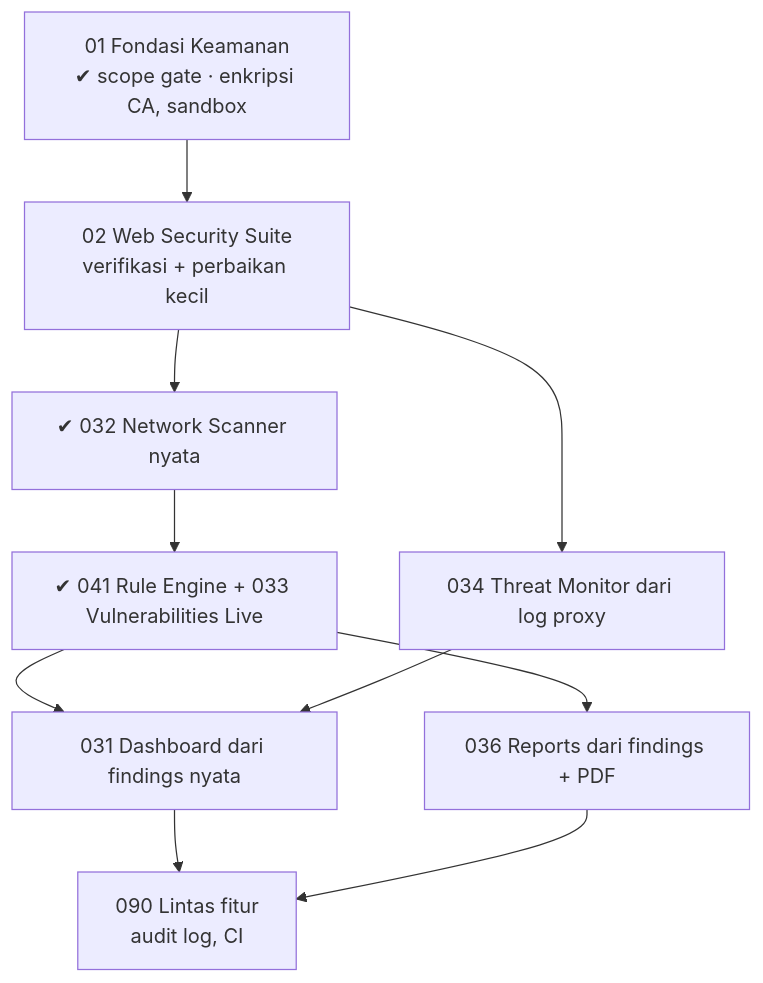
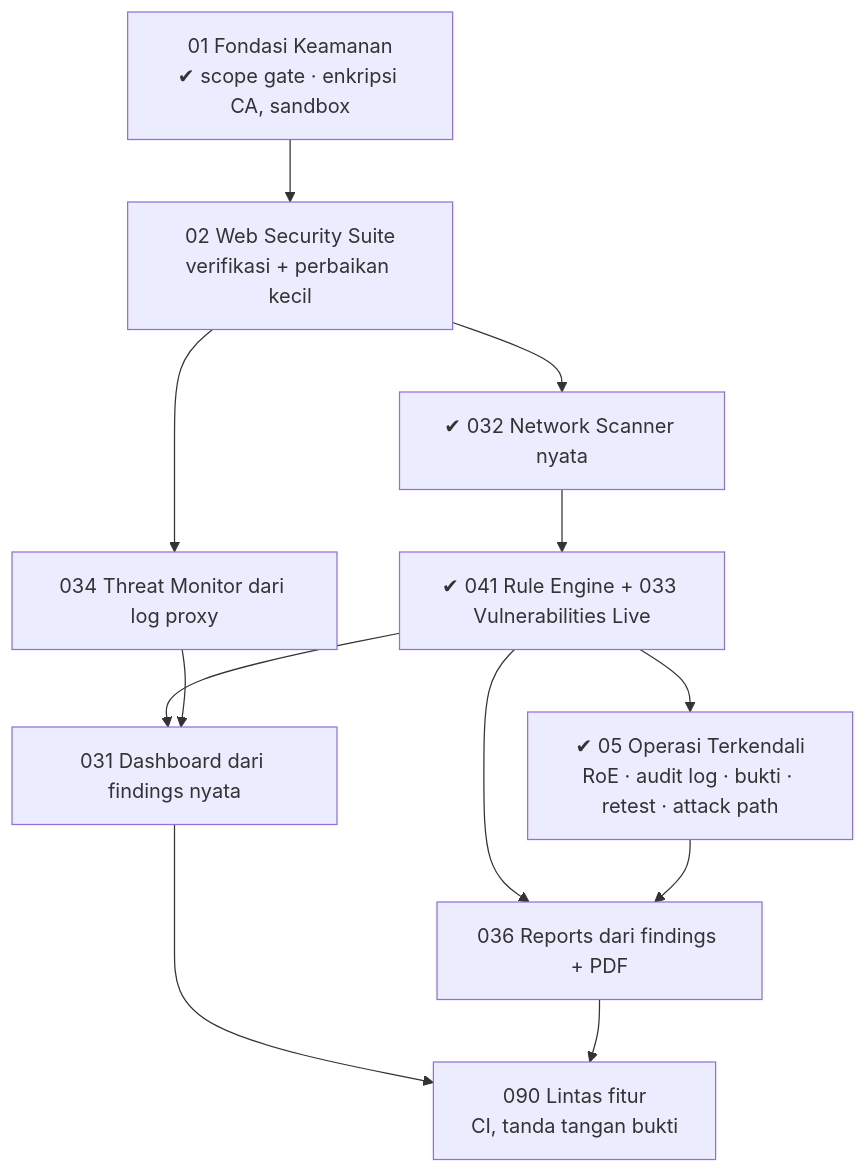
The diagram in docs/000_index.md (AlatBekam/Interu), drawn with Mermaid before and after one commit. The commit also changed other lines of this file and 7 other files, not shown here.

Commit message:
feat: add controlled operations, evidence package, retest, and attack path documentation

````diff
--- a/docs/000_index.md
+++ b/docs/000_index.md
@@ -76,12 +86,14 @@
 ```mermaid
 flowchart TD
     A["01 Fondasi Keamanan<br/>✔ scope gate · enkripsi CA, sandbox"] --> B["02 Web Security Suite<br/>verifikasi + perbaikan kecil"]
     B --> C["✔ 032 Network Scanner nyata"]
     C --> D["✔ 041 Rule Engine + 033 Vulnerabilities Live"]
     B --> E["034 Threat Monitor dari log proxy"]
     D --> F["031 Dashboard dari findings nyata"]
     E --> F
     D --> G["036 Reports dari findings + PDF"]
-    F --> H["090 Lintas fitur<br/>audit log, CI"]
+    D --> O["✔ 05 Operasi Terkendali<br/>RoE · audit log · bukti · retest · attack path"]
+    O --> G
+    F --> H["090 Lintas fitur<br/>CI, tanda tangan bukti"]
     G --> H
 ```
````
